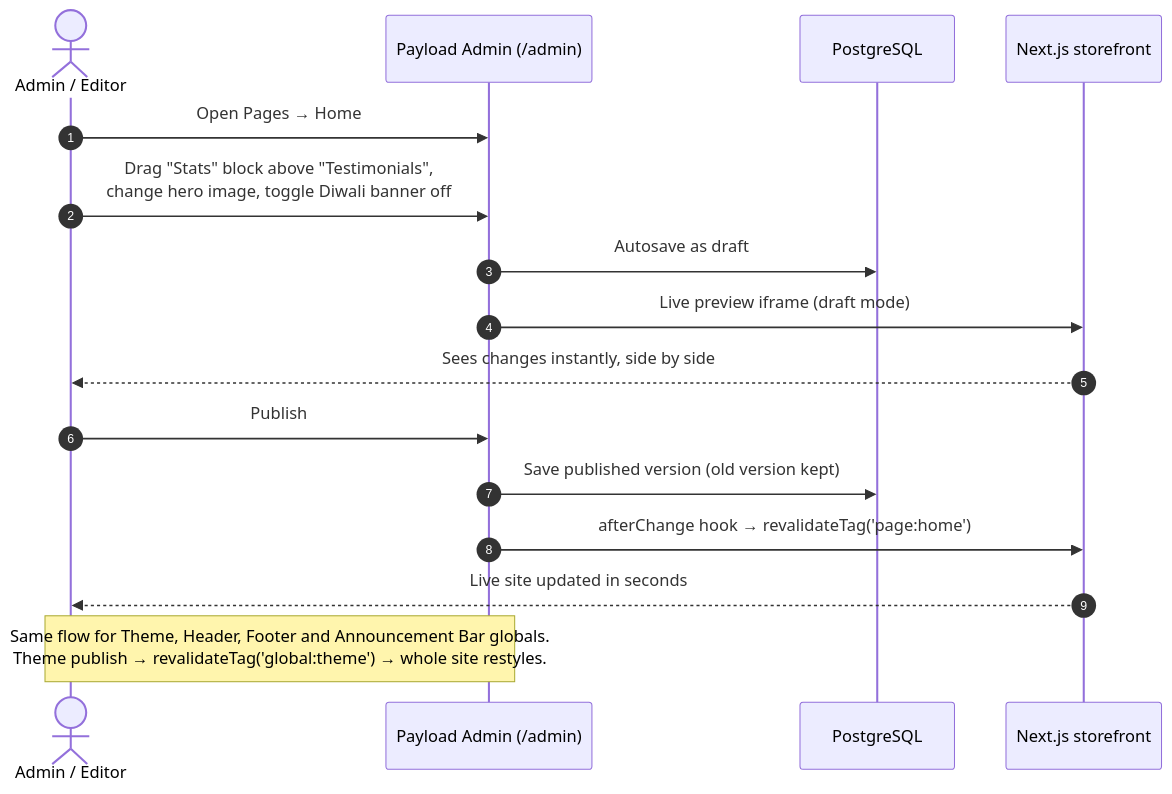
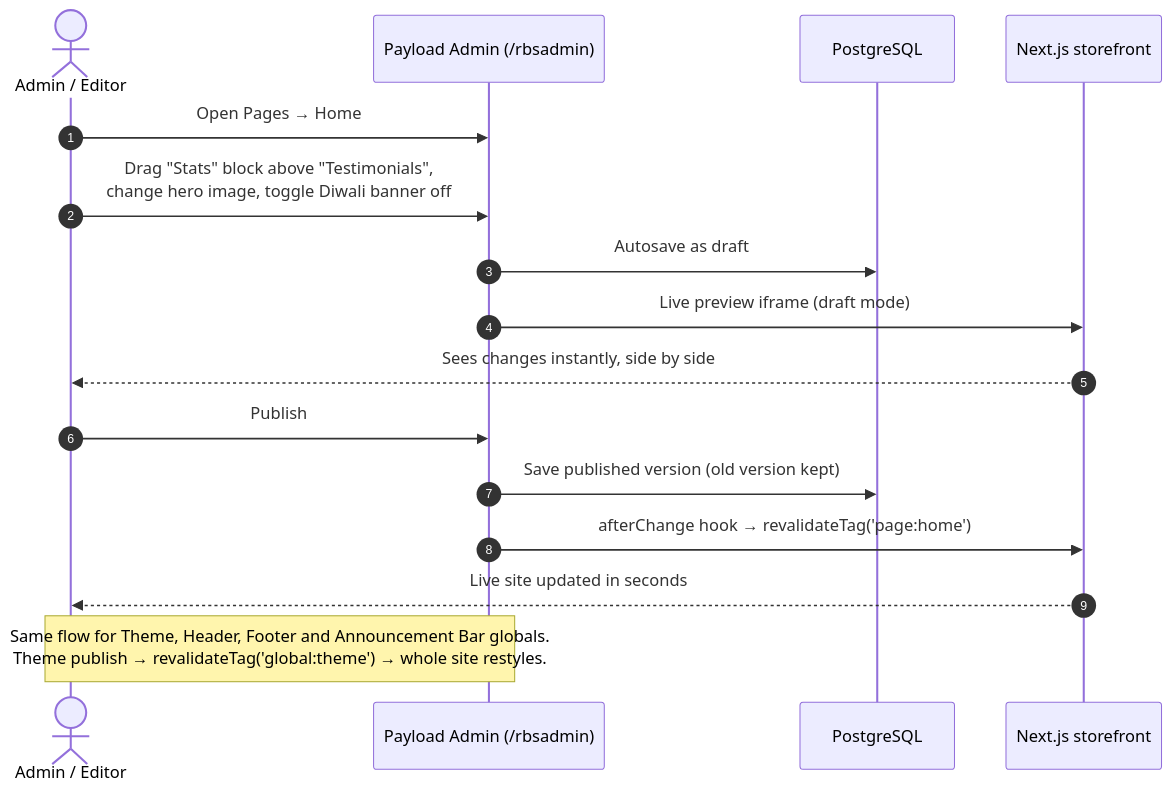
The ninth of 11 diagrams in FLOW.md (ignitivmails/rbs), drawn with Mermaid before and after one commit. The commit also changed 18 other files, not shown here.

First line of the commit message:
v0.7.4: move admin panel to /rbsadmin

````diff
--- a/FLOW.md
+++ b/FLOW.md
@@ -227,19 +227,19 @@
 ```mermaid
 sequenceDiagram
     autonumber
     actor A as Admin / Editor
-    participant P as Payload Admin (/admin)
+    participant P as Payload Admin (/rbsadmin)
     participant DB as PostgreSQL
     participant N as Next.js storefront
 
     A->>P: Open Pages → Home
     A->>P: Drag "Stats" block above "Testimonials",<br/>change hero image, toggle Diwali banner off
     P->>DB: Autosave as draft
     P->>N: Live preview iframe (draft mode)
     N-->>A: Sees changes instantly, side by side
     A->>P: Publish
     P->>DB: Save published version (old version kept)
     P->>N: afterChange hook → revalidateTag('page:home')
     N-->>A: Live site updated in seconds
     Note over A,P: Same flow for Theme, Header, Footer and Announcement Bar globals.<br/>Theme publish → revalidateTag('global:theme') → whole site restyles.
 ```
````
